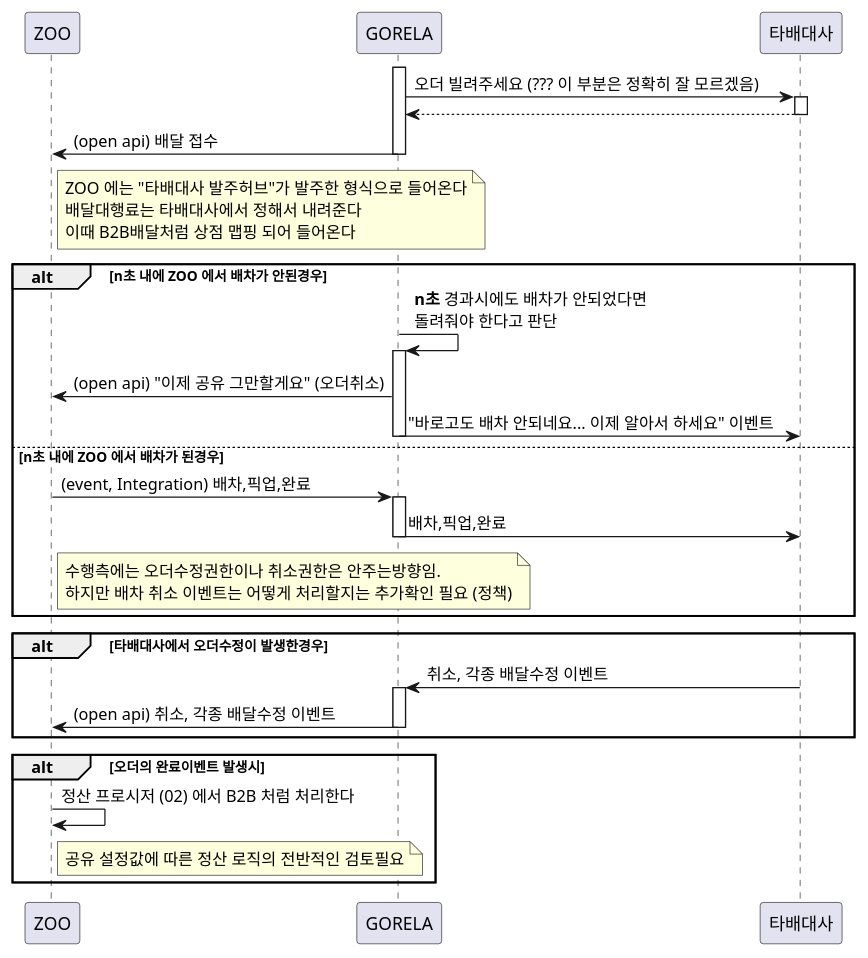
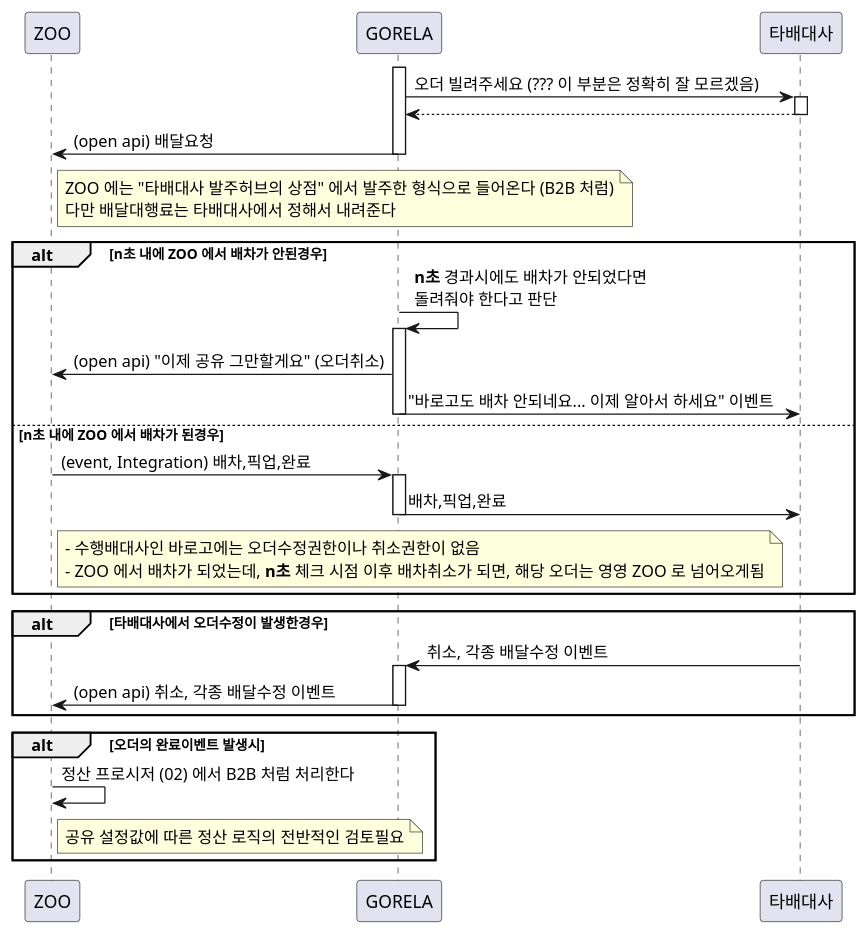
Before and after one commit to junhoo-barogo/junhoo-barogo.github.io: the diagram in uml/share_to_other_company/take.puml, drawn with PlantUML. The commit also changed 20 other files, not shown here.

```diff
--- a/uml/share_to_other_company/take.puml
+++ b/uml/share_to_other_company/take.puml
@@ -1,44 +1,43 @@
 @startuml
 participant ZOO as ZOO
 participant GORELA as GORELA
 participant 타배대사 as 타배대사
 
 activate GORELA 
 GORELA -> 타배대사 ++ : 오더 빌려주세요 (??? 이 부분은 정확히 잘 모르겠음)
 return
-GORELA -> ZOO : (open api) 배달 접수
+GORELA -> ZOO : (open api) 배달요청
 note right of ZOO
-    ZOO 에는 "타배대사 발주허브"가 발주한 형식으로 들어온다
-    배달대행료는 타배대사에서 정해서 내려준다
-    이때 B2B배달처럼 상점 맵핑 되어 들어온다
+    ZOO 에는 "타배대사 발주허브의 상점" 에서 발주한 형식으로 들어온다 (B2B 처럼)
+    다만 배달대행료는 타배대사에서 정해서 내려준다
 end note
 deactivate GORELA
 
 alt **n초** 내에 ZOO 에서 배차가 안된경우
     GORELA -> GORELA ++ : **n초** 경과시에도 배차가 안되었다면\n돌려줘야 한다고 판단
     GORELA -> ZOO : (open api) "이제 공유 그만할게요" (오더취소)
     GORELA -> 타배대사 : "바로고도 배차 안되네요... 이제 알아서 하세요" 이벤트
     deactivate GORELA
 else **n초** 내에 ZOO 에서 배차가 된경우
     ZOO -> GORELA ++  : (event, Integration) 배차,픽업,완료
     GORELA -> 타배대사 : 배차,픽업,완료
     note right of ZOO
-      수행측에는 오더수정권한이나 취소권한은 안주는방향임.
-      하지만 배차 취소 이벤트는 어떻게 처리할지는 추가확인 필요 (정책)
+      - 수행배대사인 바로고에는 오더수정권한이나 취소권한이 없음
+      - ZOO 에서 배차가 되었는데, **n초** 체크 시점 이후 배차취소가 되면, 해당 오더는 영영 ZOO 로 넘어오게됨
     end note
     deactivate GORELA
 end
 
 alt 타배대사에서 오더수정이 발생한경우
     타배대사 -> GORELA ++ : 취소, 각종 배달수정 이벤트
     GORELA -> ZOO : (open api) 취소, 각종 배달수정 이벤트
     deactivate
 end
 
 alt  오더의 완료이벤트 발생시
     ZOO -> ZOO : 정산 프로시저 (02) 에서 B2B 처럼 처리한다
     note right of ZOO
         공유 설정값에 따른 정산 로직의 전반적인 검토필요
     end note
 end
 @enduml
```
